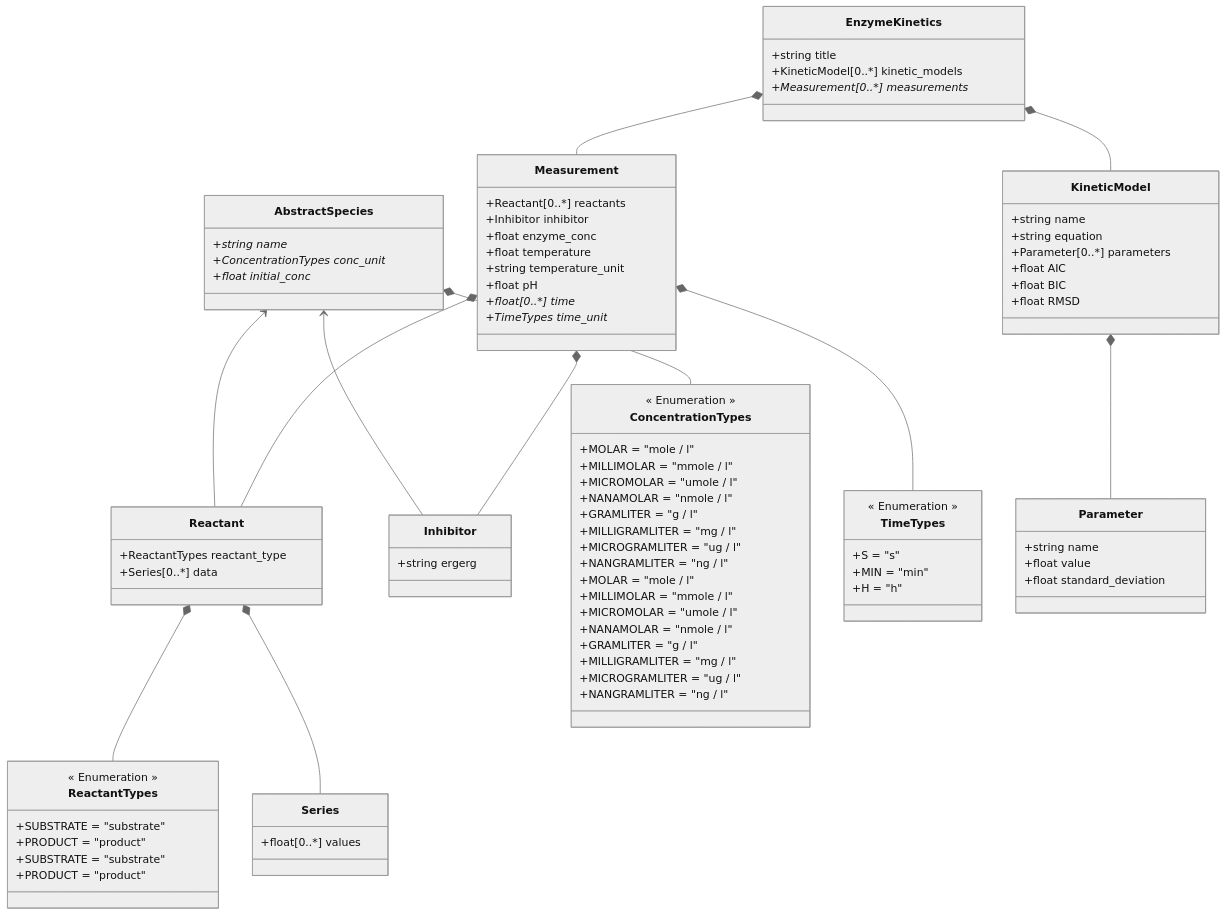
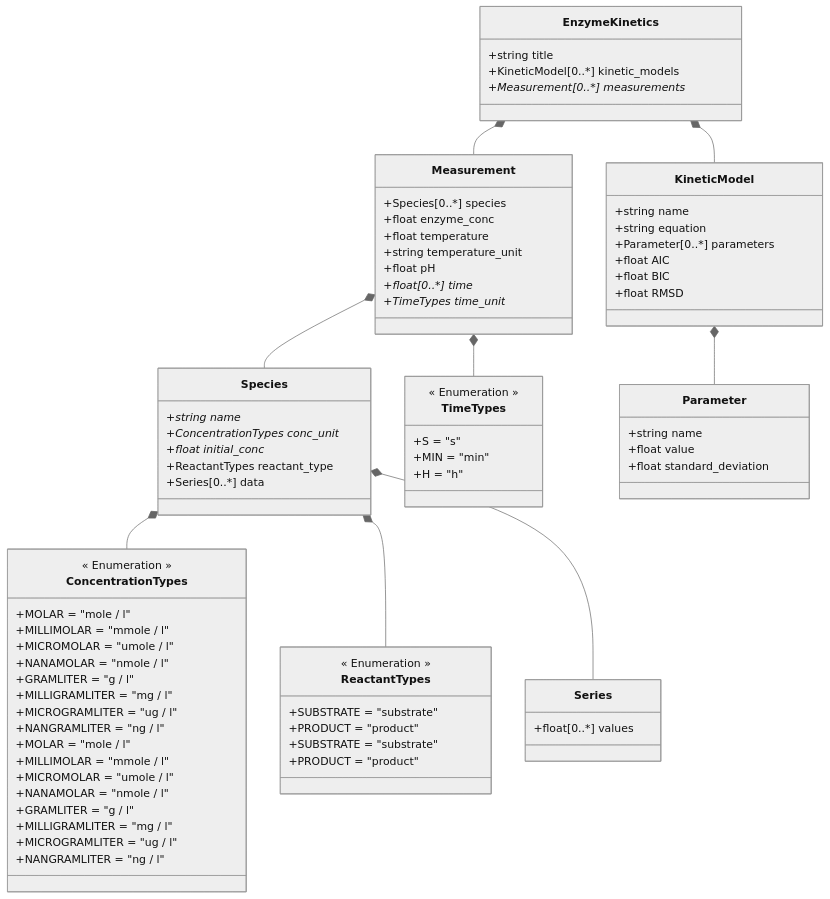
Before and after one commit to FAIRChemistry/EnzymePynetics: the diagram in EnzymePynetics/schemes/Enzyme kinetics data model.md, drawn with Mermaid (neutral theme). The commit also changed 8 other files, not shown here.

````diff
--- a/EnzymePynetics/schemes/Enzyme kinetics data model.md
+++ b/EnzymePynetics/schemes/Enzyme kinetics data model.md
@@ -1,14 +1,11 @@
 ```mermaid
 classDiagram
-    AbstractSpecies <-- Reactant
-    AbstractSpecies <-- Inhibitor
     EnzymeKinetics *-- KineticModel
     EnzymeKinetics *-- Measurement
-    AbstractSpecies *-- ConcentrationTypes
-    Reactant *-- ReactantTypes
-    Reactant *-- Series
-    Measurement *-- Reactant
-    Measurement *-- Inhibitor
+    Species *-- ConcentrationTypes
+    Species *-- ReactantTypes
+    Species *-- Series
+    Measurement *-- Species
     Measurement *-- TimeTypes
     KineticModel *-- Parameter
     
@@ -18,24 +15,16 @@
         +Measurement[0..*] measurements*
     }
     
-    class AbstractSpecies {
+    class Species {
         +string name*
         +ConcentrationTypes conc_unit*
         +float initial_conc*
-    }
-    
-    class Reactant {
         +ReactantTypes reactant_type
         +Series[0..*] data
     }
     
-    class Inhibitor {
-        +string ergerg
-    }
-    
     class Measurement {
-        +Reactant[0..*] reactants
-        +Inhibitor inhibitor
+        +Species[0..*] species
         +float enzyme_conc
         +float temperature
         +string temperature_unit
````
